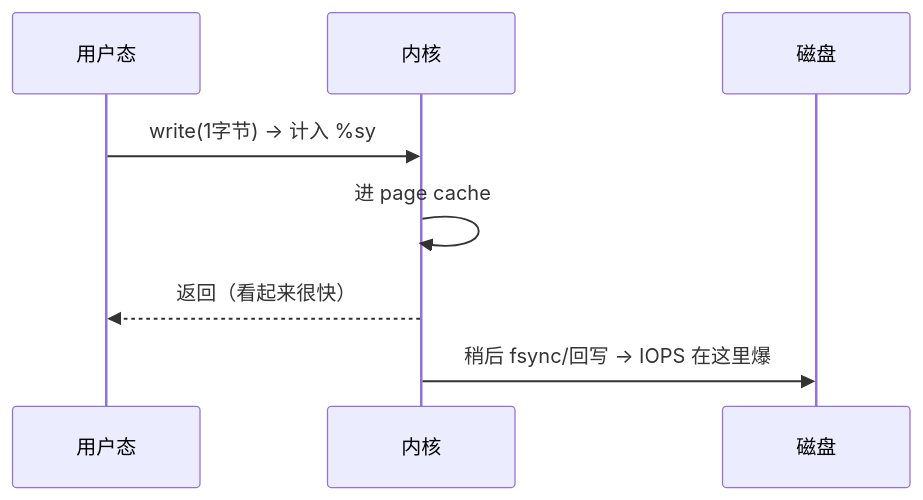
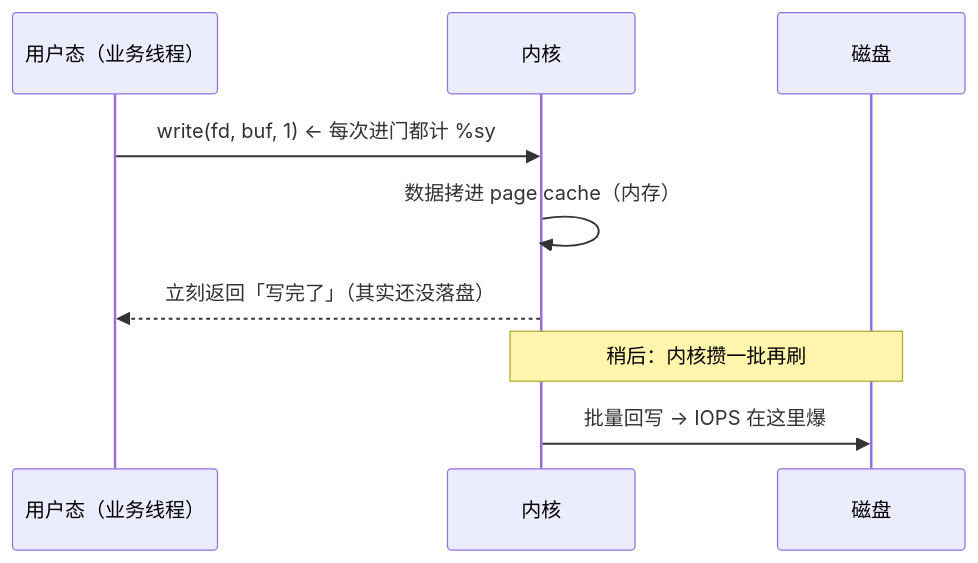
Before and after one commit to ml-cuizijun/LearnToLilith: the fourth of 9 diagrams in 01-基础底座/04-内核与系统/知识点.md, drawn with Mermaid. The commit also changed other lines of this file and 470 other files, not shown here.

````diff
--- a/01-基础底座/04-内核与系统/知识点.md
+++ b/01-基础底座/04-内核与系统/知识点.md
@@ -354,11 +162,11 @@
 ```mermaid
 sequenceDiagram
-    participant App as 用户态
+    participant App as 用户态（业务线程）
     participant Kern as 内核
     participant Disk as 磁盘
-
-    App->>Kern: write(1字节) → 计入 %sy
-    Kern->>Kern: 进 page cache
-    Kern-->>App: 返回（看起来很快）
-    Kern->>Disk: 稍后 fsync/回写 → IOPS 在这里爆
+    App->>Kern: write(fd, buf, 1)   ← 每次进门都计 %sy
+    Kern->>Kern: 数据拷进 page cache（内存）
+    Kern-->>App: 立刻返回「写完了」（其实还没落盘）
+    Note over Kern,Disk: 稍后：内核攒一批再刷
+    Kern->>Disk: 批量回写 → IOPS 在这里爆
 ```
````
